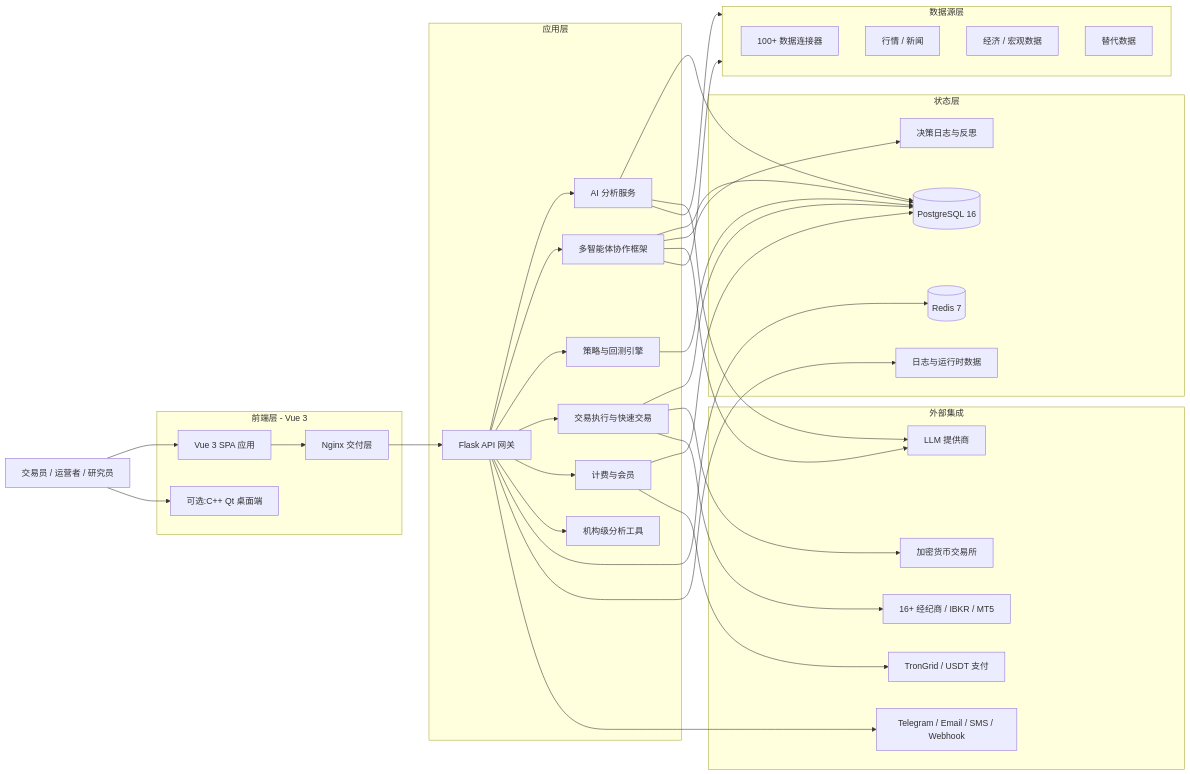
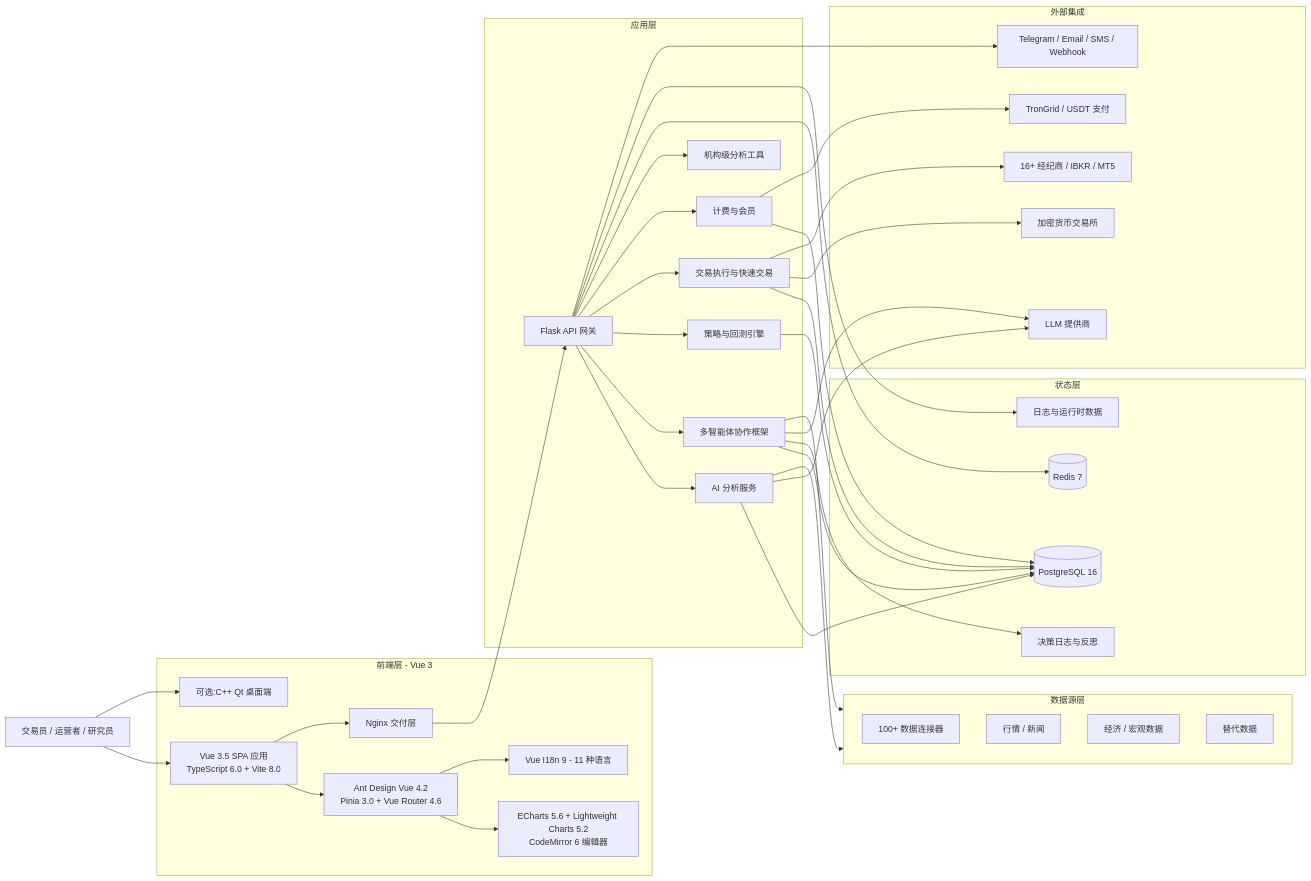
Before and after one commit to joezxh/QuantDinger: the diagram in README_CN.md, drawn with Mermaid. The commit also changed other lines of this file and 1 other file, not shown here.

Commit message:
docs(readme): 更新项目文档以反映Fin-AI基于QuantDinger的技术栈
- 将项目名称从QuantDinger更新为Fin-AI
- 在前端技术栈部分添加Vue Router 4.6、ECharts 5.6、Lightweight Charts 5.2和CodeMirror 6
- 更新前端技术栈表格以包含完整的依赖列表和11种语言支持
- 重构前端架构图以显示更详细的技术组件层次结构
- 在架构图中添加UI组件层和图表国际化模块的依赖关系

````diff
--- a/README_CN.md
+++ b/README_CN.md
@@ -430,70 +430,76 @@
 ```mermaid
 flowchart LR
     U[交易员 / 运营者 / 研究员]
 
     subgraph FE[前端层 - Vue 3]
-        WEB[Vue 3 SPA 应用]
+        WEB[Vue 3.5 SPA 应用<br/>TypeScript 6.0 + Vite 8.0]
+        UI[Ant Design Vue 4.2<br/>Pinia 3.0 + Vue Router 4.6]
+        CHARTS[ECharts 5.6 + Lightweight Charts 5.2<br/>CodeMirror 6 编辑器]
+        I18N[Vue I18n 9 - 11 种语言]
         NG[Nginx 交付层]
         DESKTOP[可选:C++ Qt 桌面端]
     end
 
     subgraph BE[应用层]
         API[Flask API 网关]
         AI[AI 分析服务]
         AGENT[多智能体协作框架]
         STRAT[策略与回测引擎]
         EXEC[交易执行与快速交易]
         BILL[计费与会员]
         ANALYTICS[机构级分析工具]
     end
 
     subgraph DATA[状态层]
         PG[(PostgreSQL 16)]
         REDIS[(Redis 7)]
         FILES[日志与运行时数据]
         MEMORY[决策日志与反思]
     end
 
     subgraph DATASRC[数据源层]
         DS100[100+ 数据连接器]
         MARKET[行情 / 新闻]
         ECON[经济 / 宏观数据]
         ALT[替代数据]
     end
 
     subgraph EXT[外部集成]
         LLM[LLM 提供商]
         EXCH[加密货币交易所]
         BROKER[16+ 经纪商 / IBKR / MT5]
         PAY[TronGrid / USDT 支付]
         NOTIFY[Telegram / Email / SMS / Webhook]
     end
 
     U --> WEB
     U --> DESKTOP
+    WEB --> UI
+    UI --> CHARTS
+    UI --> I18N
     WEB --> NG --> API
     API --> AI
     API --> AGENT
     API --> STRAT
     API --> EXEC
     API --> BILL
     API --> ANALYTICS
 
     AI --> PG
     AGENT --> PG
     AGENT --> MEMORY
     STRAT --> PG
     EXEC --> PG
     BILL --> PG
     API --> REDIS
     API --> FILES
 
     AI --> LLM
     AGENT --> LLM
     AI --> DATASRC
     AGENT --> DATASRC
     EXEC --> EXCH
     EXEC --> BROKER
     BILL --> PAY
     API --> NOTIFY
 ```
````
